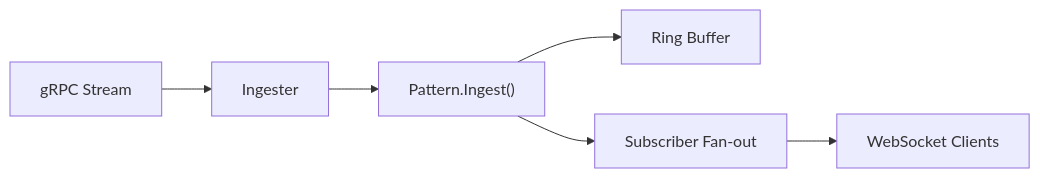
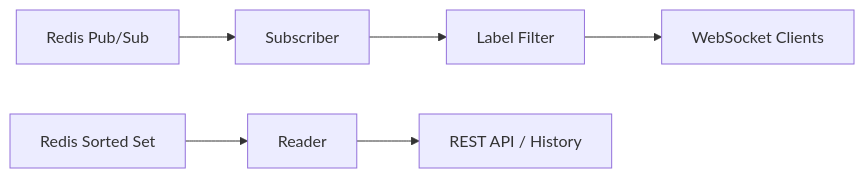
Before and after one commit to interpt-co/flume: the third of 3 diagrams in docs/architecture.md, drawn with Mermaid. The commit also changed other lines of this file and 40 other files, not shown here.

First line of the commit message:
feat: replace gRPC aggregator with Redis-backed dispatcher

````diff
--- a/docs/architecture.md
+++ b/docs/architecture.md
@@ -91,5 +94,5 @@
 ```mermaid
 graph LR
-    A[gRPC Stream] --> B[Ingester] --> C["Pattern.Ingest()"] --> D[Ring Buffer]
-    C --> E[Subscriber Fan-out] --> F[WebSocket Clients]
+    A[Redis Pub/Sub] --> B[Subscriber] --> C[Label Filter] --> D[WebSocket Clients]
+    E[Redis Sorted Set] --> F[Reader] --> G[REST API / History]
 ```
````
